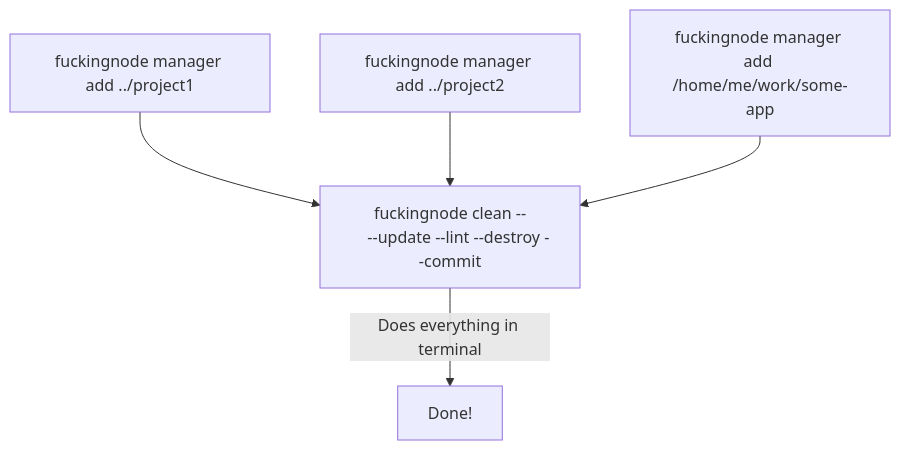
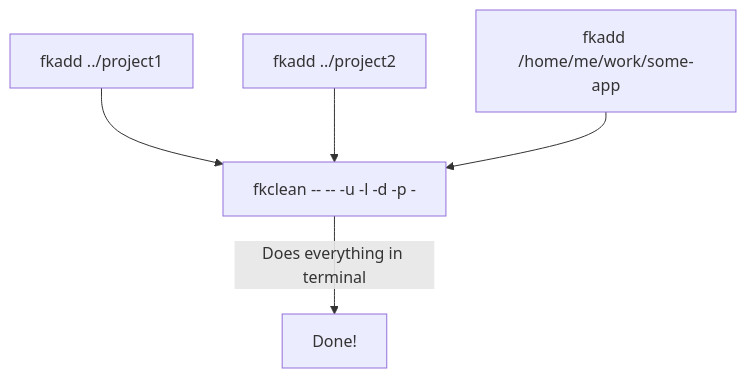
Before and after one commit to ZakaHaceCosas/FuckingNode: the second of 3 diagrams in docs/learn/clean.md, drawn with Mermaid. The commit also changed 5 other files, not shown here.

````diff
--- a/docs/learn/clean.md
+++ b/docs/learn/clean.md
@@ -43,15 +43,14 @@
 ```mermaid
 graph TD
-    A["fuckingnode manager add ../project1"]
-    B["fuckingnode manager add ../project2"]
-    C["fuckingnode manager add /home/me/work/some-app"]
+    A["fkadd ../project1"]
+    B["fkadd ../project2"]
+    C["fkadd /home/me/work/some-app"]
 
-    D["fuckingnode clean --
-    --update --lint --destroy --commit"]
+    D["fkclean -- -- -u -l -d -p -"]
 
     A --> D
     B --> D
     C --> D
 
     D -->|Does everything in terminal| E["Done!"]
 ```
````
